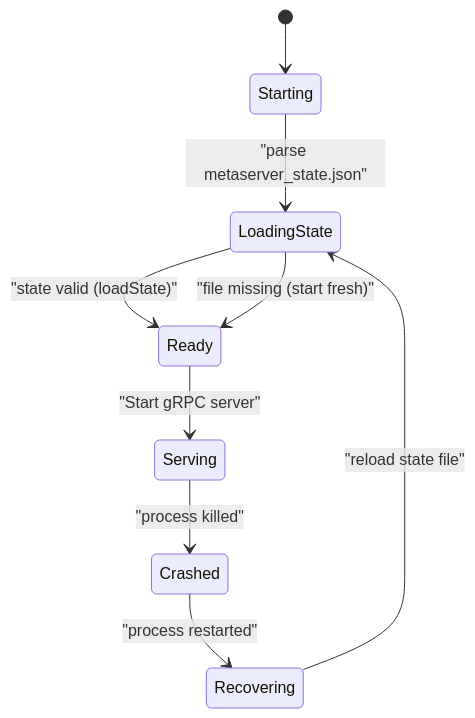
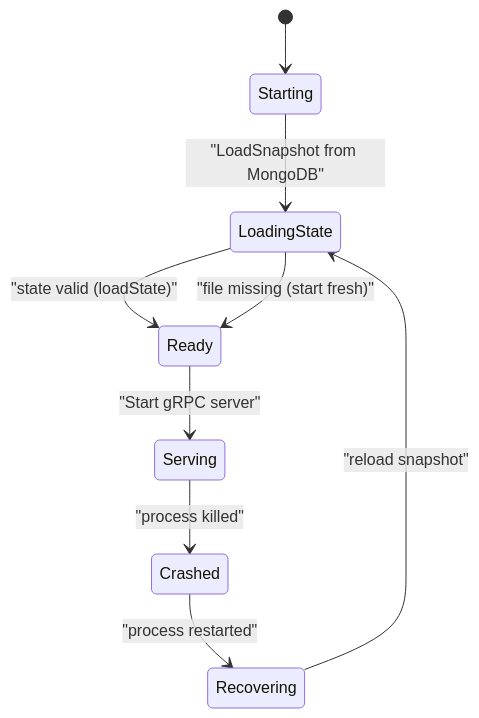
The sixth of 6 diagrams in docs/diagrams/metaserver_coordinator.md (DVFS-IIT-Gandhinagar/Distributed-Virtual-File-System), drawn with Mermaid before and after one commit. The commit also changed 15 other files, not shown here.

````diff
--- a/docs/diagrams/metaserver_coordinator.md
+++ b/docs/diagrams/metaserver_coordinator.md
@@ -119,18 +119,18 @@
 ```mermaid
 stateDiagram-v2
     state "Starting" as Starting
     state "LoadingState" as LoadingState
     state "Ready" as Ready
     state "Serving" as Serving
     state "Crashed" as Crashed
     state "Recovering" as Recovering
 
     [*] --> Starting
-    Starting --> LoadingState : "parse metaserver_state.json"
+    Starting --> LoadingState : "LoadSnapshot from MongoDB"
     LoadingState --> Ready : "state valid (loadState)"
     LoadingState --> Ready : "file missing (start fresh)"
     Ready --> Serving : "Start gRPC server"
     Serving --> Crashed : "process killed"
     Crashed --> Recovering : "process restarted"
-    Recovering --> LoadingState : "reload state file"
+    Recovering --> LoadingState : "reload snapshot"
 ```
````
